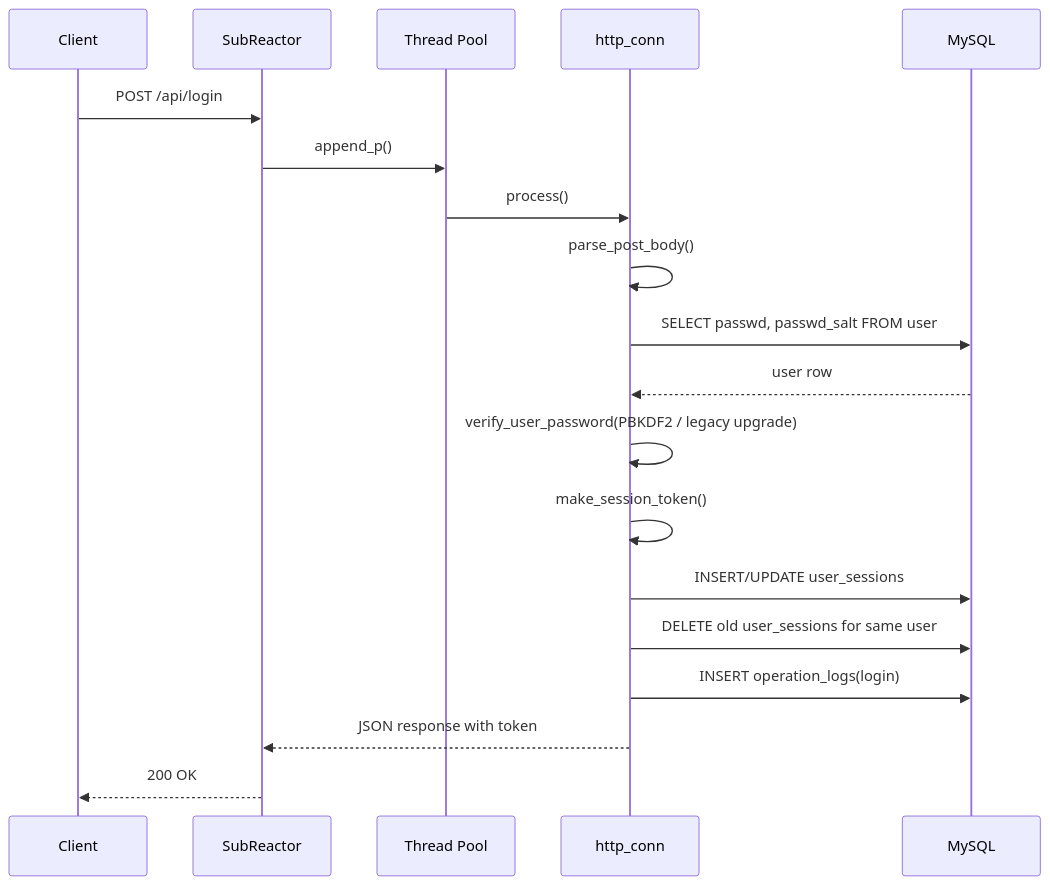
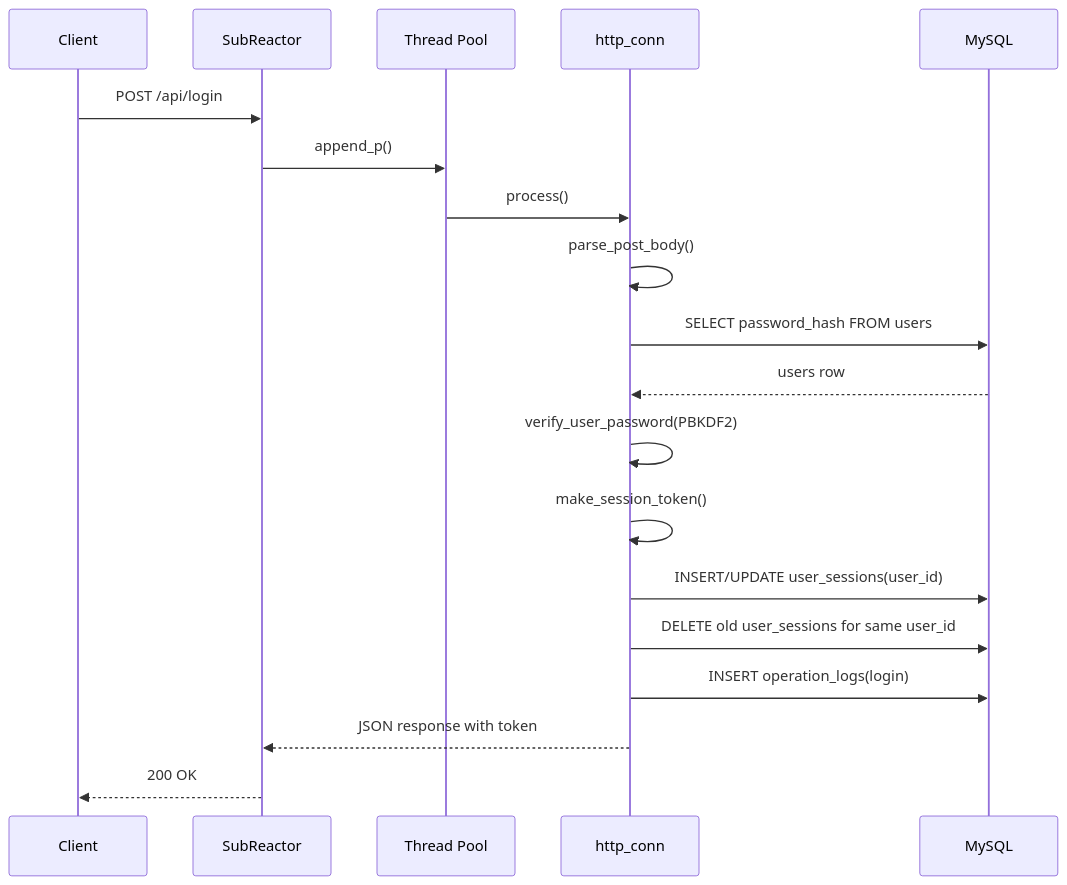
Before and after one commit to wjg12345678/High-performance-gateway: the second of 5 diagrams in docs/request-sequence.md, drawn with Mermaid. The commit also changed other lines of this file and 132 other files, not shown here.

````diff
--- a/docs/request-sequence.md
+++ b/docs/request-sequence.md
@@ -36,22 +36,22 @@
 ```mermaid
 sequenceDiagram
     participant C as Client
     participant SR as SubReactor
     participant TP as Thread Pool
     participant HC as http_conn
     participant DB as MySQL
 
     C->>SR: POST /api/login
     SR->>TP: append_p()
     TP->>HC: process()
     HC->>HC: parse_post_body()
-    HC->>DB: SELECT passwd, passwd_salt FROM user
-    DB-->>HC: user row
-    HC->>HC: verify_user_password(PBKDF2 / legacy upgrade)
+    HC->>DB: SELECT password_hash FROM users
+    DB-->>HC: users row
+    HC->>HC: verify_user_password(PBKDF2)
     HC->>HC: make_session_token()
-    HC->>DB: INSERT/UPDATE user_sessions
-    HC->>DB: DELETE old user_sessions for same user
+    HC->>DB: INSERT/UPDATE user_sessions(user_id)
+    HC->>DB: DELETE old user_sessions for same user_id
     HC->>DB: INSERT operation_logs(login)
     HC-->>SR: JSON response with token
     SR-->>C: 200 OK
 ```
````
